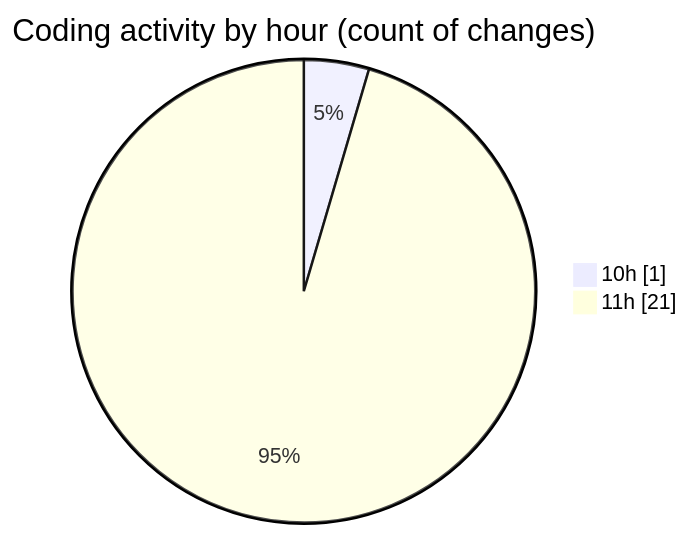
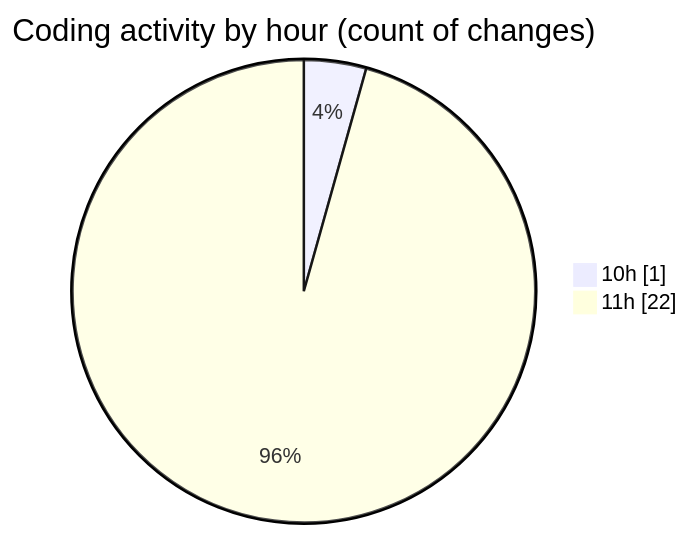
Before and after one commit to nxtqubesakshisongat/code-tracking: the second of 2 diagrams in 2026-03-30/nxtqube_webapp/README.md, drawn with Mermaid. The commit also changed other lines of this file and 1 other file, not shown here.

````diff
--- a/2026-03-30/nxtqube_webapp/README.md
+++ b/2026-03-30/nxtqube_webapp/README.md
@@ -30,6 +30,6 @@
 ```mermaid
 pie showData
 title Coding activity by hour (count of changes)
 "10h" : 1
-"11h" : 21
+"11h" : 22
 ```
````
